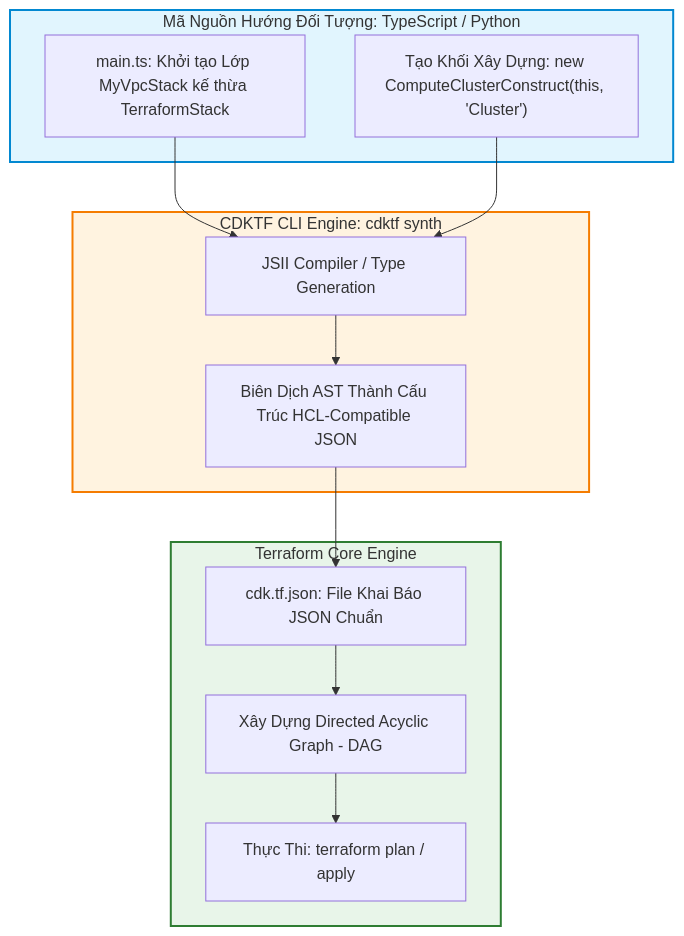
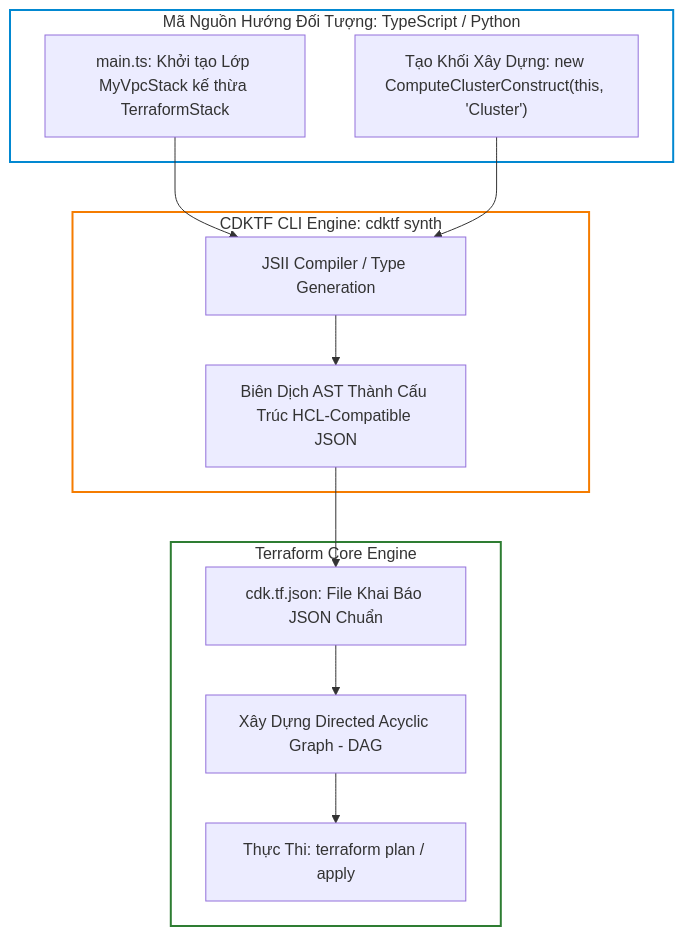
One commit to kiennt308/ntk changed the first of 5 diagrams in _posts/2026-09-13-terraform-28-28-cdktf-va-kien-truc-phat-trien-custom-terraform-provider.md. Above: the diagram before and after it, drawn with Mermaid. The commit also changed other lines of this file and 207 other files, not shown here.

Commit message:
feat(posts): batch standardize all 208 posts with TL;DR, qa-card accordion, fill:none mermaid, and liquid raw wrappers

````diff
--- a/_posts/2026-09-13-terraform-28-28-cdktf-va-kien-truc-phat-trien-custom-terraform-provider.md
+++ b/_posts/2026-09-13-terraform-28-28-cdktf-va-kien-truc-phat-trien-custom-terraform-provider.md
@@ -36,31 +40,31 @@
 ```mermaid
 flowchart TD
     subgraph OOP_Code ["Mã Nguồn Hướng Đối Tượng: TypeScript / Python"]
         TS["main.ts: Khởi tạo Lớp MyVpcStack kế thừa TerraformStack"]
         CONSTRUCT["Tạo Khối Xây Dựng: new ComputeClusterConstruct(this, 'Cluster')"]
     end
 
     subgraph CDKTF_Engine ["CDKTF CLI Engine: cdktf synth"]
         JSII["JSII Compiler / Type Generation"]
         SYNTH["Biên Dịch AST Thành Cấu Trúc HCL-Compatible JSON"]
     end
 
     subgraph Terraform_Core ["Terraform Core Engine"]
         JSON_PLAN["cdk.tf.json: File Khai Báo JSON Chuẩn"]
         DAG["Xây Dựng Directed Acyclic Graph - DAG"]
         EXEC["Thực Thi: terraform plan / apply"]
     end
 
     TS --> JSII
     CONSTRUCT --> JSII
     JSII --> SYNTH
     SYNTH --> JSON_PLAN
     JSON_PLAN --> DAG
     DAG --> EXEC
 
-    style OOP_Code fill:#e1f5fe,stroke:#0288d1,stroke-width:2px
-    style CDKTF_Engine fill:#fff3e0,stroke:#f57c00,stroke-width:2px
-    style Terraform_Core fill:#e8f5e9,stroke:#2e7d32,stroke-width:2px
+    style OOP_Code fill:none,stroke:#0288d1,stroke-width:2px
+    style CDKTF_Engine fill:none,stroke:#f57c00,stroke-width:2px
+    style Terraform_Core fill:none,stroke:#2e7d32,stroke-width:2px
 
 
 ```
````
